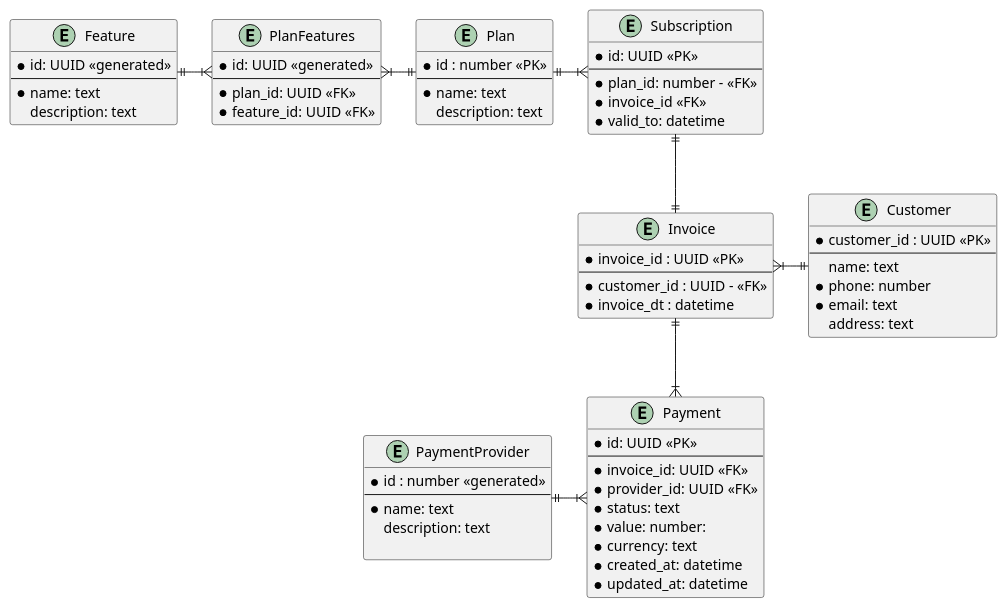
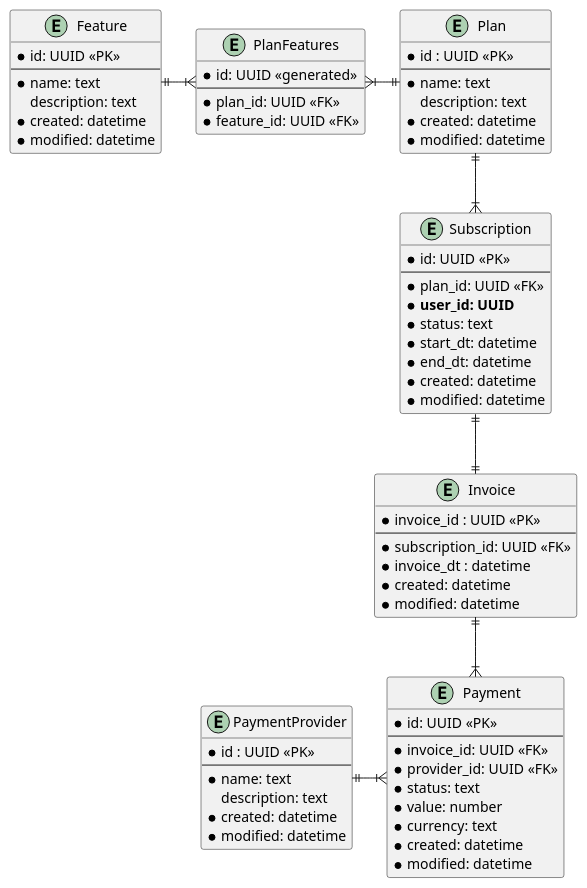
One commit to AlexanderZharyuk/billing-service changed the diagram in architecture/db_entities.puml. Above: the diagram before and after it, drawn with PlantUML. The commit also changed 3 other files, not shown here.

```diff
--- a/architecture/db_entities.puml
+++ b/architecture/db_entities.puml
@@ -1,101 +1,83 @@
 @startuml
 ' hide the spot
 ' hide circle
 skinparam linetype ortho
 
 entity "Invoice" as invoice {
   *invoice_id : UUID <<PK>>
   --
-  *customer_id : UUID - <<FK>>
+  *subscription_id: UUID <<FK>>
   *invoice_dt : datetime
+  *created: datetime
+  *modified: datetime
 }
 
 entity "Subscription" as subscription {
   *id: UUID <<PK>>
   --
-  *plan_id: number - <<FK>>
-  *invoice_id <<FK>>
-  *valid_to: datetime
+  *plan_id: UUID <<FK>>
+  * **user_id: UUID**
+  *status: text
+  *start_dt: datetime
+  *end_dt: datetime
+  *created: datetime
+  *modified: datetime
 }
 
 entity "Plan" as plan {
-  *id : number <<PK>>
+  *id : UUID <<PK>>
   --
   *name: text
-  description: text
-}
-
-entity "Customer" as customer {
-  *customer_id : UUID <<PK>>
-  --
-  name: text
-  *phone: number
-  *email: text
-  address: text
+   description: text
+  *created: datetime
+  *modified: datetime
 }
 
 
 entity "Payment" as payment {
   *id: UUID <<PK>>
   --
   *invoice_id: UUID <<FK>>
   *provider_id: UUID <<FK>>
   *status: text
-  *value: number:
+  *value: number
   *currency: text
-  *created_at: datetime
-  *updated_at: datetime
+  *created: datetime
+  *modified: datetime
 }
 
 
 entity "PaymentProvider" as provider {
-  *id : number <<generated>>
+  *id : UUID <<PK>>
   --
   *name: text
   description: text
-  
+  *created: datetime
+  *modified: datetime
 }
 
-/'
-entity "Currency" as currency{
-  *id: number <<generated>>
-  --
-  *type: text
-  *name: text
-}
-'/
 
 entity "Feature" as feature{
-  *id: UUID <<generated>>
+  *id: UUID <<PK>>
   --
   *name: text
   description: text
+  *created: datetime
+  *modified: datetime
 }
 
 
 entity "PlanFeatures" as plan_features {
   *id: UUID <<generated>>
   --
   *plan_id: UUID <<FK>>
   *feature_id: UUID <<FK>>
 }
 
-/'
-entity "Receipt" as receipt {
-  *id: UUID <<generated>>
-  --
-  *payment_id: UUID <<FK>>
-  
-}
-'/
-
 invoice ||-up-|| subscription
-subscription }|-left-|| plan
-invoice }|-right-|| customer
+subscription }|-up-|| plan
 invoice ||--|{ payment
 payment }|-left-|| provider
-/' payment }|-right-|| currency '/
 plan ||-left-|{ plan_features
-plan_features }|-left-|| feature   
-/' payment ||--|| receipt '/
+plan_features }|-left-|| feature
 @enduml
```
